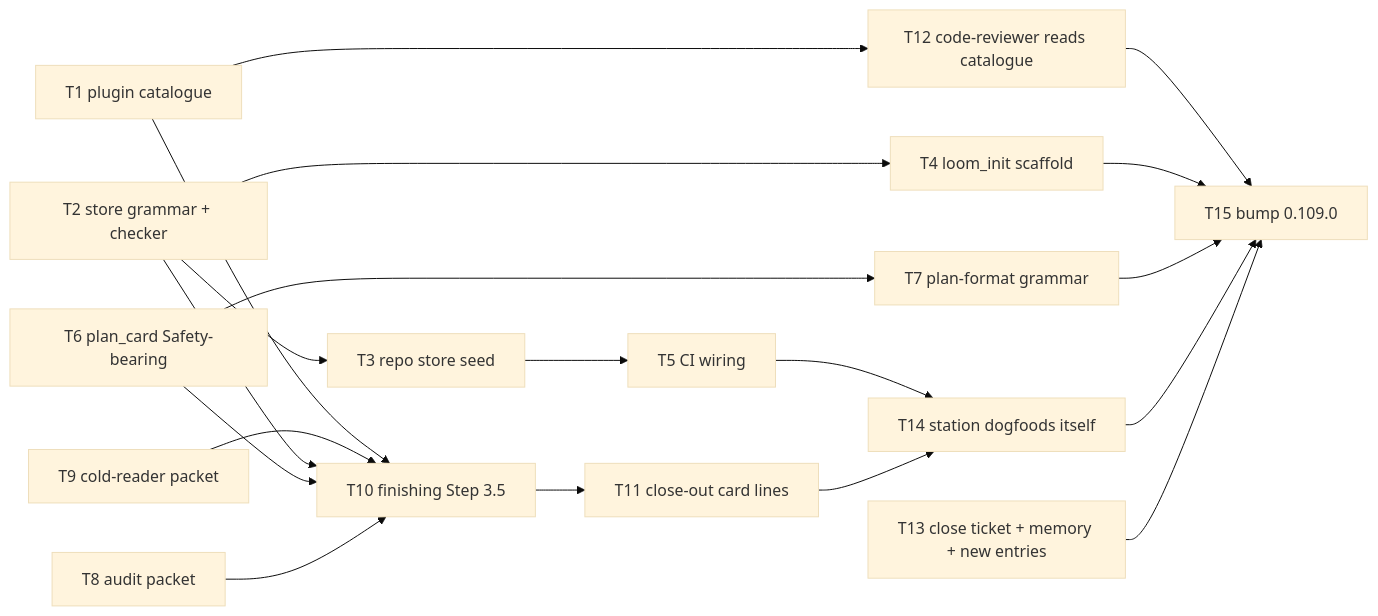
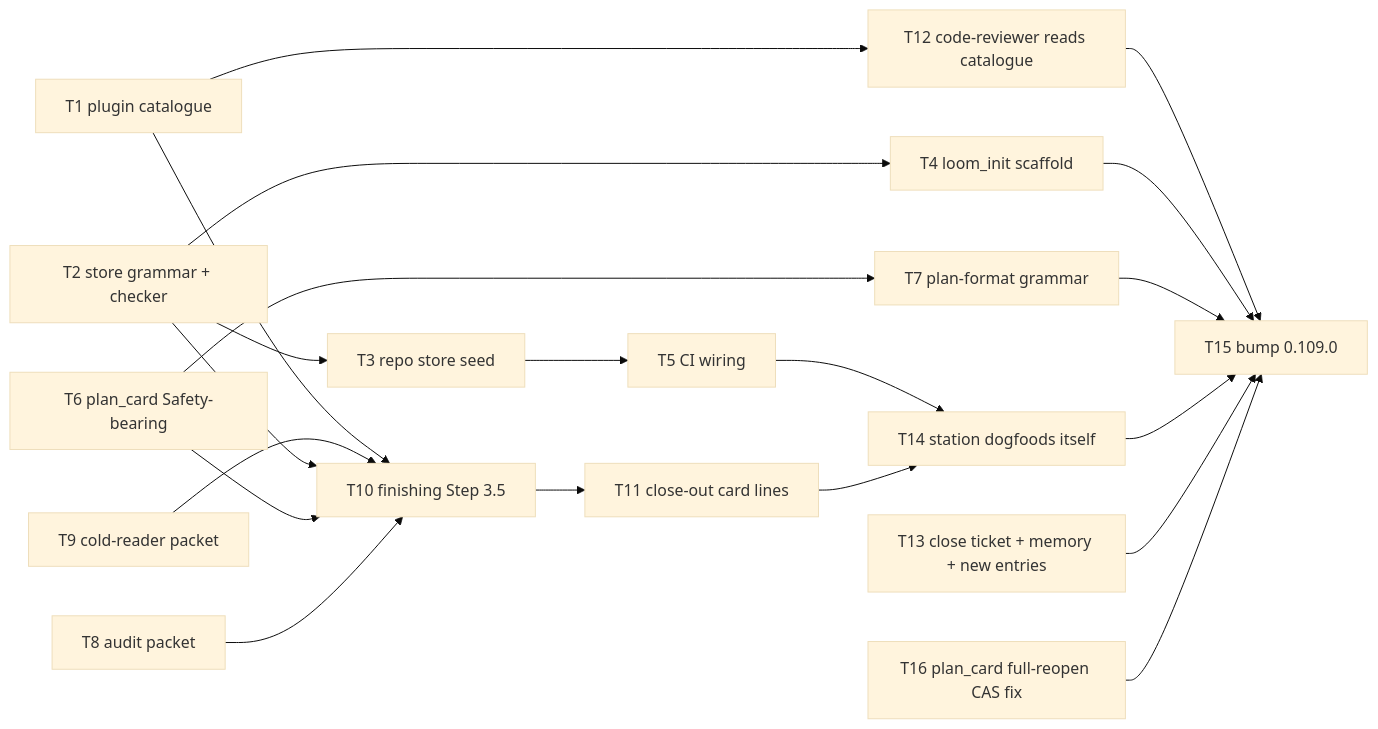
One commit to kouko/monkey-skills changed the diagram in docs/loom/plans/2026-08-31-adversarial-audit-station.md. Above: the diagram before and after it, drawn with Mermaid (base theme). The commit also changed other lines of this file and 1 other file, not shown here.

````diff
--- a/docs/loom/plans/2026-08-31-adversarial-audit-station.md
+++ b/docs/loom/plans/2026-08-31-adversarial-audit-station.md
@@ -25,14 +26,15 @@
 ```mermaid
 flowchart LR
 T1[T1 plugin catalogue] --> T10[T10 finishing Step 3.5]
 T1 --> T12[T12 code-reviewer reads catalogue] --> T15[T15 bump 0.109.0]
 T2[T2 store grammar + checker] --> T3[T3 repo store seed] --> T5[T5 CI wiring] --> T14[T14 station dogfoods itself]
 T2 --> T4[T4 loom_init scaffold] --> T15
 T9[T9 cold-reader packet] --> T10
 T2 --> T10
 T6[T6 plan_card Safety-bearing] --> T7[T7 plan-format grammar] --> T15
 T6 --> T10
 T8[T8 audit packet] --> T10
 T10 --> T11[T11 close-out card lines] --> T14 --> T15
 T13[T13 close ticket + memory + new entries] --> T15
+T16[T16 plan_card full-reopen CAS fix] --> T15
 ```
````
